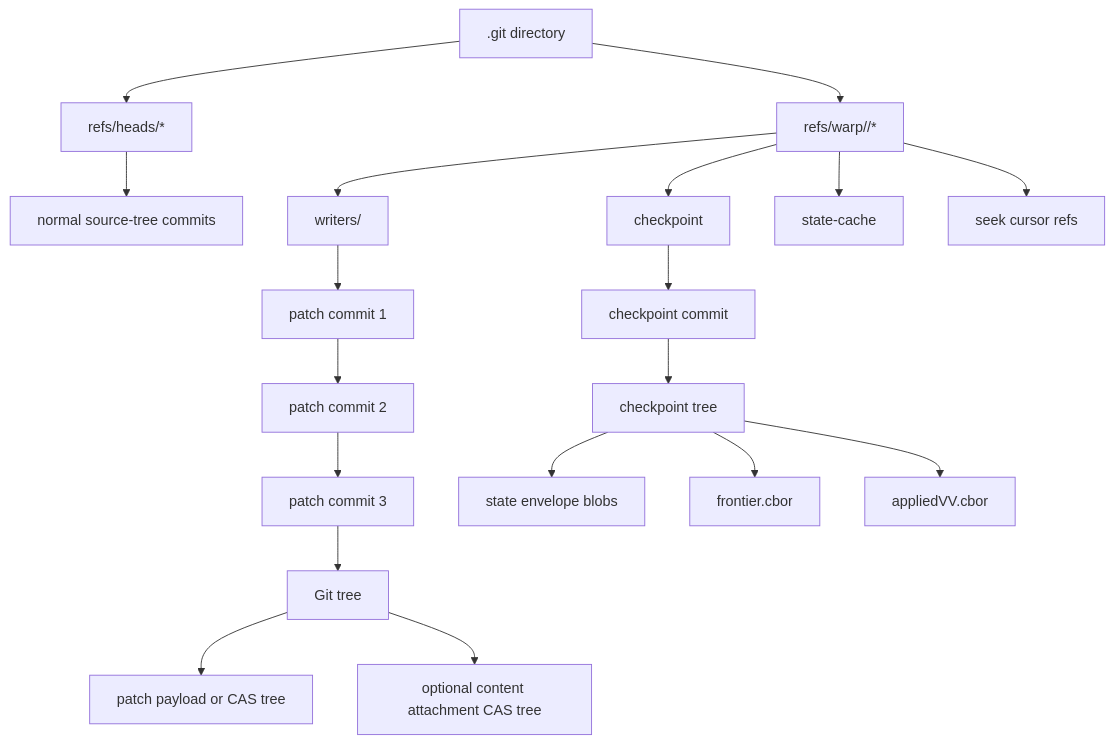
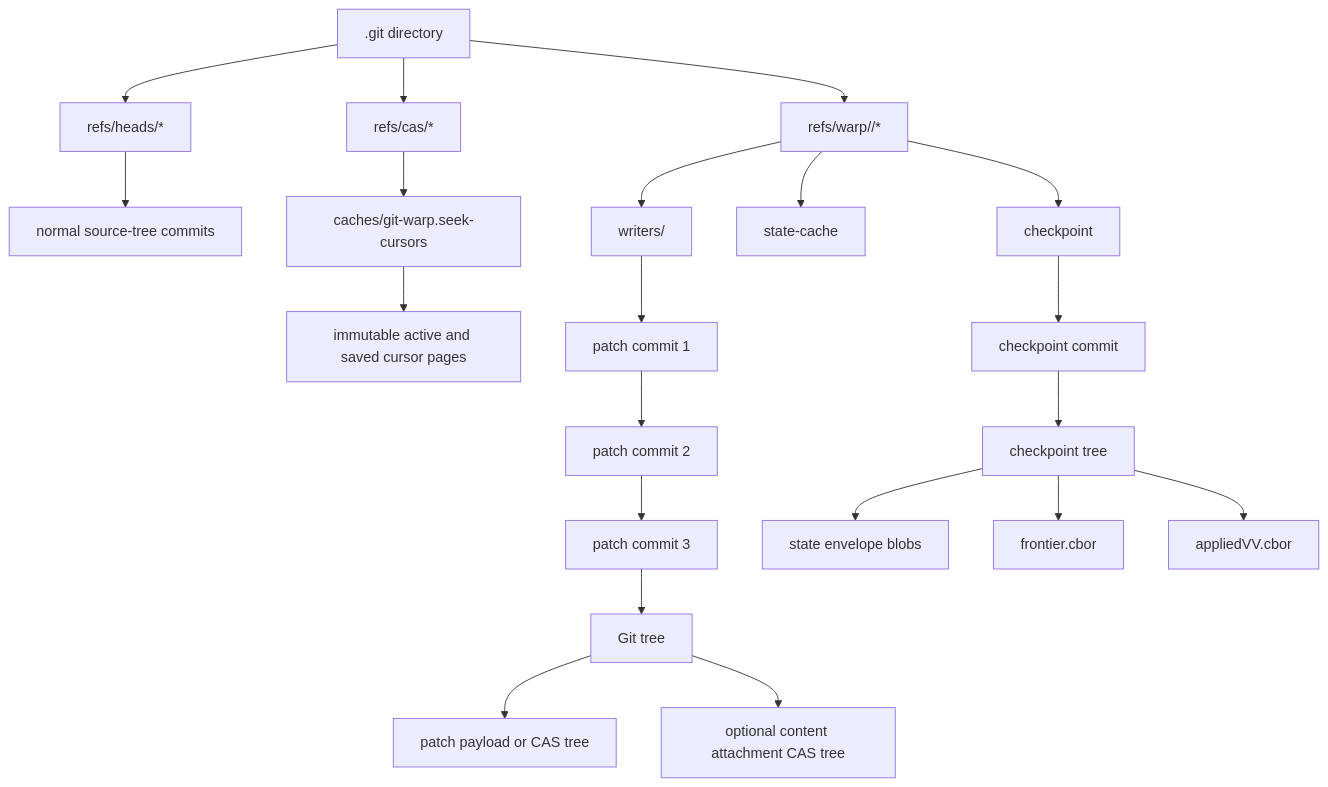
One commit to git-stunts/git-warp changed the ninth of 25 diagrams in docs/TECHNICAL_TEARDOWN.md. Above: the diagram before and after it, drawn with Mermaid. The commit also changed other lines of this file and 27 other files, not shown here.

Commit message:
Retain seek cursors with git-cas

````diff
--- a/docs/TECHNICAL_TEARDOWN.md
+++ b/docs/TECHNICAL_TEARDOWN.md
@@ -429,26 +429,28 @@
 ```mermaid
 flowchart TB
     repo[".git directory"] --> branchRefs["refs/heads/*"]
     repo --> warpRefs["refs/warp/<graph>/*"]
+    repo --> casRefs["refs/cas/*"]
 
     branchRefs --> codeCommits["normal source-tree commits"]
 
     warpRefs --> writerRefs["writers/<writerId>"]
     warpRefs --> checkpointRef["checkpoint"]
     warpRefs --> stateCacheRef["state-cache"]
-    warpRefs --> cursorRef["seek cursor refs"]
+    casRefs --> cursorCacheRef["caches/git-warp.seek-cursors"]
+    cursorCacheRef --> cursorPage["immutable active and saved cursor pages"]
 
     writerRefs --> p1["patch commit 1"]
     p1 --> p2["patch commit 2"]
     p2 --> p3["patch commit 3"]
 
     p3 --> tree["Git tree"]
     tree --> patchBlob["patch payload or CAS tree"]
     tree --> contentTree["optional content attachment CAS tree"]
 
     checkpointRef --> ck["checkpoint commit"]
     ck --> ckTree["checkpoint tree"]
     ckTree --> stateEnvelope["state envelope blobs"]
     ckTree --> frontier["frontier.cbor"]
     ckTree --> appliedVV["appliedVV.cbor"]
 ```
````
